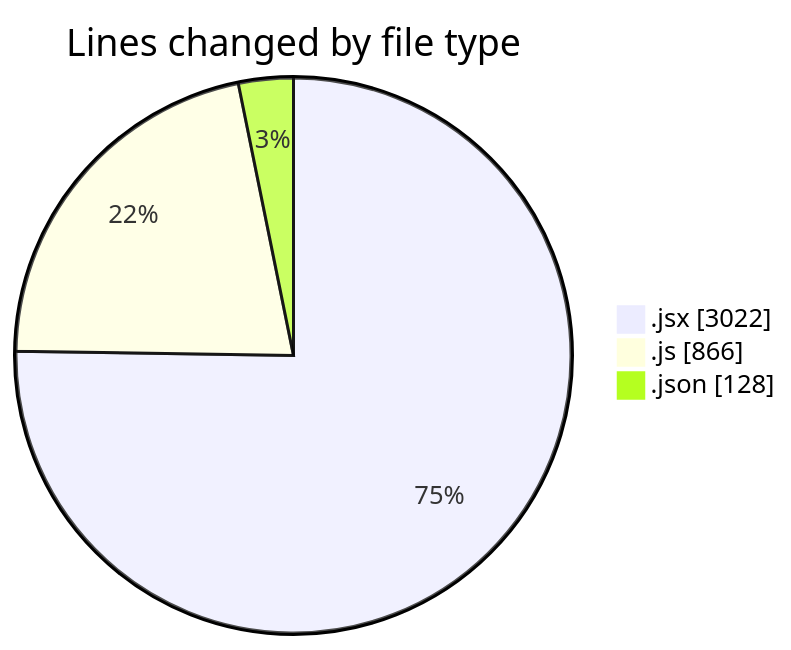
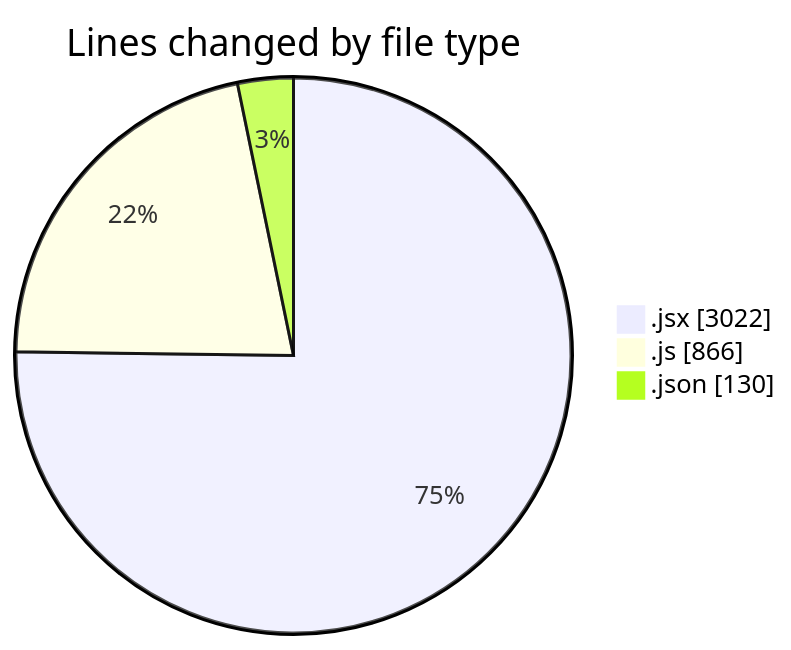
The first of 2 diagrams in 2025-08-06/nxtqube_webapp/README.md (nxtqubesakshisongat/code-tracking), drawn with Mermaid before and after one commit. The commit also changed other lines of this file and 1 other file, not shown here.

````diff
--- a/2025-08-06/nxtqube_webapp/README.md
+++ b/2025-08-06/nxtqube_webapp/README.md
@@ -29,7 +29,7 @@
 ```mermaid
 pie showData
 title Lines changed by file type
 ".jsx" : 3022
 ".js" : 866
-".json" : 128
+".json" : 130
 ```
````
